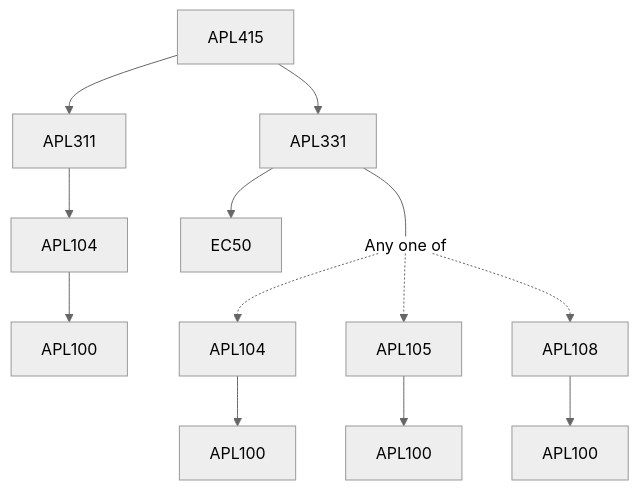
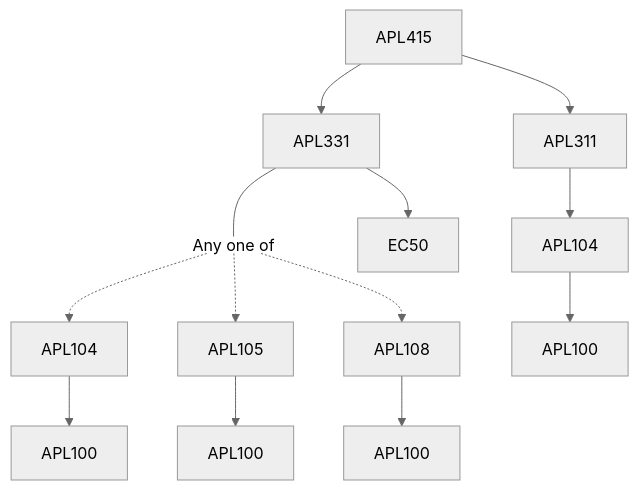
Before and after one commit to KeshavBansal0122/CoS_Website: the diagram in content/Applied Mechanics/APL415.md, drawn with Mermaid (neutral theme). The commit also changed other lines of this file and 392 other files, not shown here.

````diff
--- a/content/Applied Mechanics/APL415.md
+++ b/content/Applied Mechanics/APL415.md
@@ -15,19 +15,19 @@
 ```mermaid
 flowchart TD
 APL415-33[APL415]
-APL415-33 --> APL331-33[APL331]
-APL104-33 --> APL100-33[APL100]
-APL415-33 --> APL311-33[APL311]
-APL331-33 --> EC50-33[EC50]
-APL311-33 --> APL104-33[APL104]
 APL331-33 --- Or34[Any one of]:::empty
 APL104-35 --> APL100-35[APL100]
 Or34 -.-> APL104-35[APL104]
+Or34 -.-> APL105-36[APL105]
 APL105-36 --> APL100-36[APL100]
-Or34 -.-> APL105-36[APL105]
 APL108-37 --> APL100-37[APL100]
 Or34 -.-> APL108-37[APL108]
+APL104-33 --> APL100-33[APL100]
+APL311-33 --> APL104-33[APL104]
+APL331-33 --> EC50-33[EC50]
+APL415-33 --> APL331-33[APL331]
+APL415-33 --> APL311-33[APL311]
 
 classDef empty height:17px, fill:transparent, stroke:transparent;
 classDef trueEmpty height:0px, width:0px;
 ```
````
